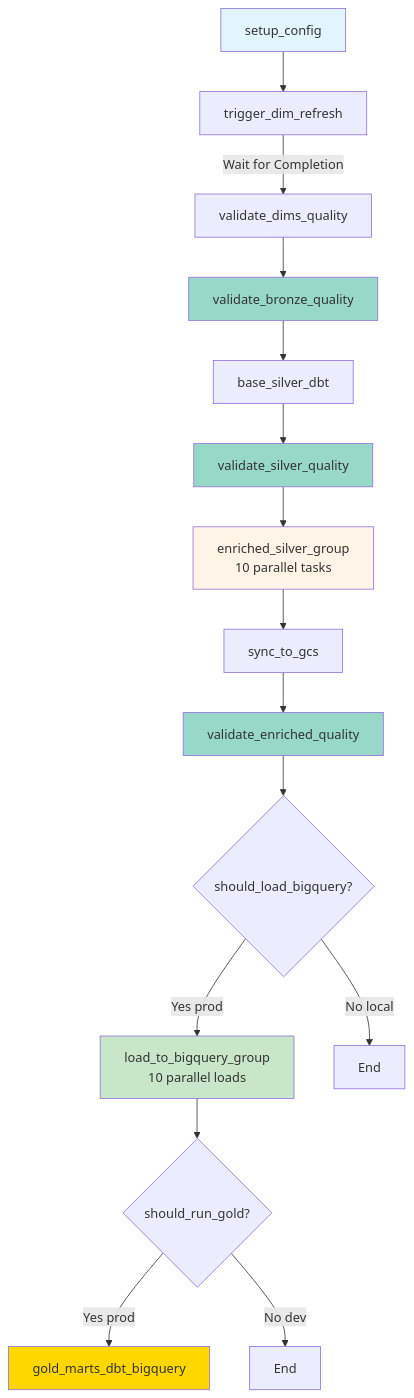
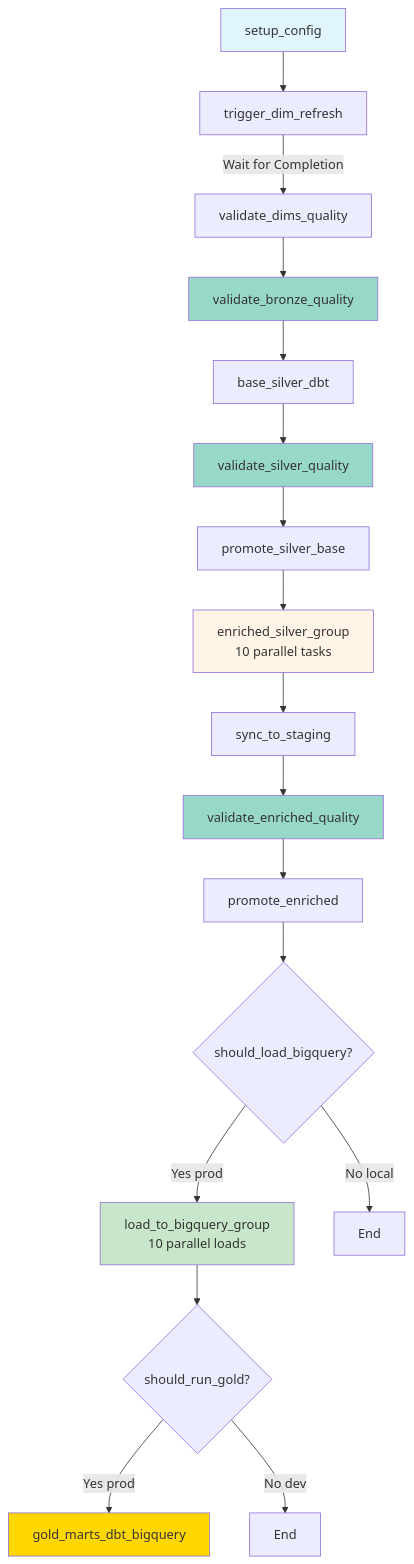
Before and after one commit to G-Schumacher44/ecom_datalake_pipelines: the sixth of 8 diagrams in docs/resources/ARCHITECTURE.md, drawn with Mermaid. The commit also changed other lines of this file and 9 other files, not shown here.

Commit message:
Document staging validation and promote flow

````diff
--- a/docs/resources/ARCHITECTURE.md
+++ b/docs/resources/ARCHITECTURE.md
@@ -401,25 +404,27 @@
 ```mermaid
 flowchart TD
     A[setup_config] --> B[trigger_dim_refresh]
     B -->|Wait for Completion| C[validate_dims_quality]
     C --> D[validate_bronze_quality]
     D --> E[base_silver_dbt]
     E --> F[validate_silver_quality]
-    F --> G[enriched_silver_group<br/>10 parallel tasks]
-    G --> H[sync_to_gcs]
+    F --> F1[promote_silver_base]
+    F1 --> G[enriched_silver_group<br/>10 parallel tasks]
+    G --> H[sync_to_staging]
     H --> I[validate_enriched_quality]
-    I --> J{should_load_bigquery?}
+    I --> I1[promote_enriched]
+    I1 --> J{should_load_bigquery?}
     J -->|Yes prod| K[load_to_bigquery_group<br/>10 parallel loads]
     J -->|No local| Z1[End]
     K --> L{should_run_gold?}
     L -->|Yes prod| M[gold_marts_dbt_bigquery]
     L -->|No dev| Z2[End]
 
     style A fill:#e1f5ff
     style D fill:#98d8c8
     style F fill:#98d8c8
     style I fill:#98d8c8
     style G fill:#fff4e6
     style K fill:#c8e6c9
     style M fill:#ffd700
 ```
````
